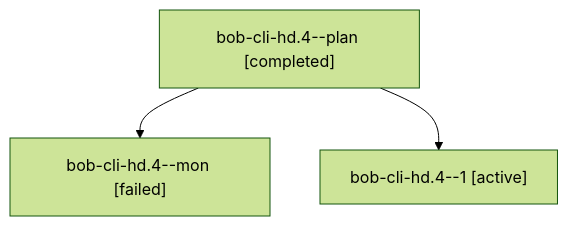
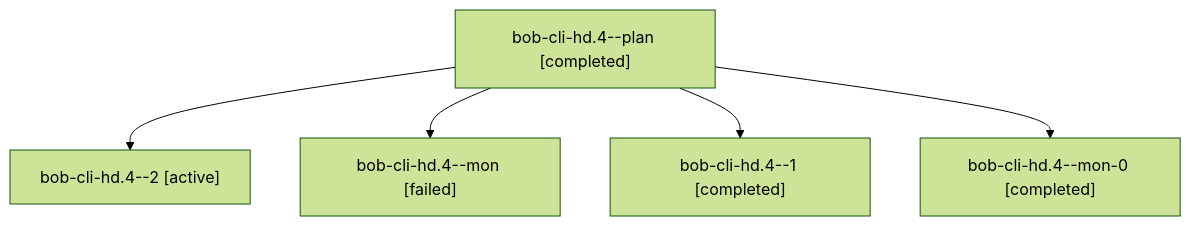
Before and after one commit to bobs-org/bob-cli--agents: the diagram in sessions/bbugyi200.athena.bob-cli-hd.4.md, drawn with Mermaid (forest theme). The commit also changed other lines of this file and 42 other files, not shown here.

````diff
--- a/sessions/bbugyi200.athena.bob-cli-hd.4.md
+++ b/sessions/bbugyi200.athena.bob-cli-hd.4.md
@@ -9,8 +9,12 @@
 ```mermaid
 flowchart TD
   n0["bob-cli-hd.4--plan [completed]"]
-  n1["bob-cli-hd.4--mon [failed]"]
+  n1["bob-cli-hd.4--2 [active]"]
   n0 --> n1
-  n2["bob-cli-hd.4--1 [active]"]
+  n2["bob-cli-hd.4--mon [failed]"]
   n0 --> n2
+  n3["bob-cli-hd.4--1 [completed]"]
+  n0 --> n3
+  n4["bob-cli-hd.4--mon-0 [completed]"]
+  n0 --> n4
 ```
````
